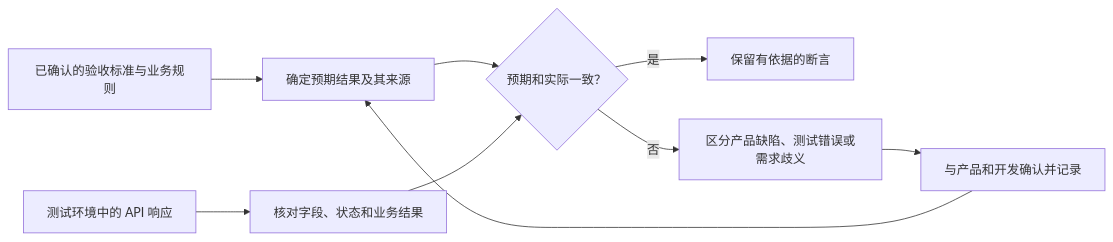
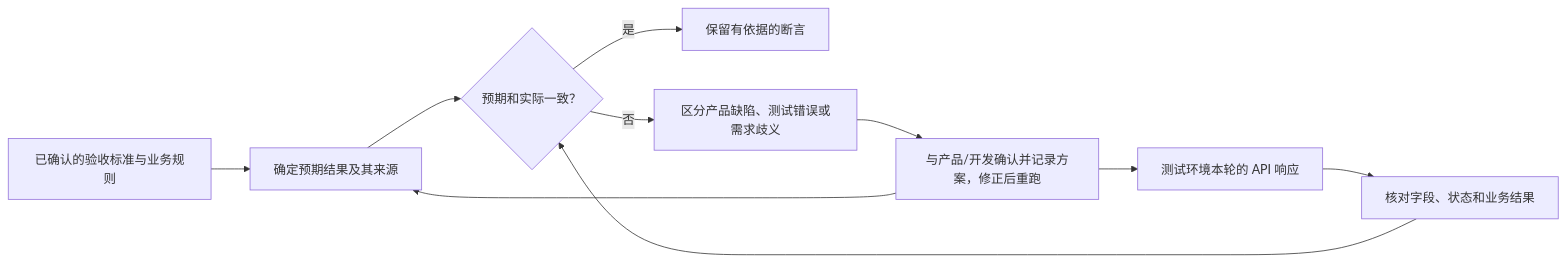
The fourth of 7 diagrams in src/blog/zh-cn/AI-Testing/from-script-writer-to-test-strategist.mdx (naodeng/naodeng.com.cn), drawn with Mermaid before and after one commit. The commit also changed other lines of this file and 10 other files, not shown here.

Commit message:
docs: review November blog diagrams

````diff
--- a/src/blog/zh-cn/AI-Testing/from-script-writer-to-test-strategist.mdx
+++ b/src/blog/zh-cn/AI-Testing/from-script-writer-to-test-strategist.mdx
@@ -138,11 +136,12 @@
 ```mermaid
 flowchart LR
     A[已确认的验收标准与业务规则] --> C[确定预期结果及其来源]
-    B[测试环境中的 API 响应] --> D[核对字段、状态和业务结果]
+    B[测试环境本轮的 API 响应] --> D[核对字段、状态和业务结果]
     C --> E{预期和实际一致？}
     D --> E
     E -- 是 --> F[保留有依据的断言]
     E -- 否 --> G[区分产品缺陷、测试错误或需求歧义]
-    G --> H[与产品和开发确认并记录]
+    G --> H[与产品/开发确认并记录方案，修正后重跑]
     H --> C
+    H --> B
 ```
````
